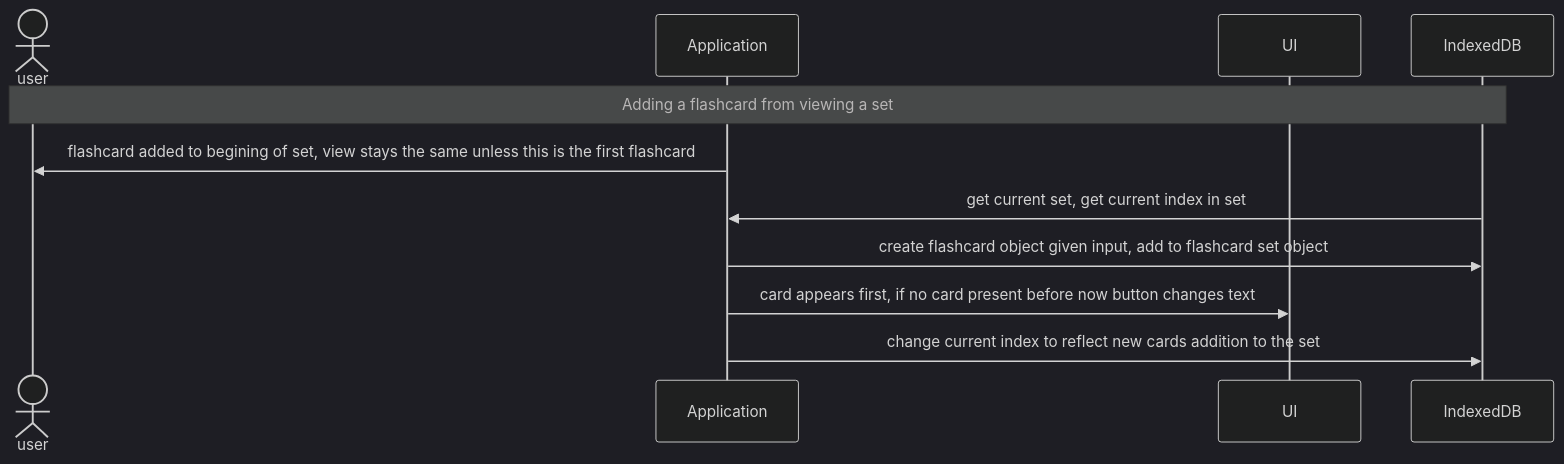
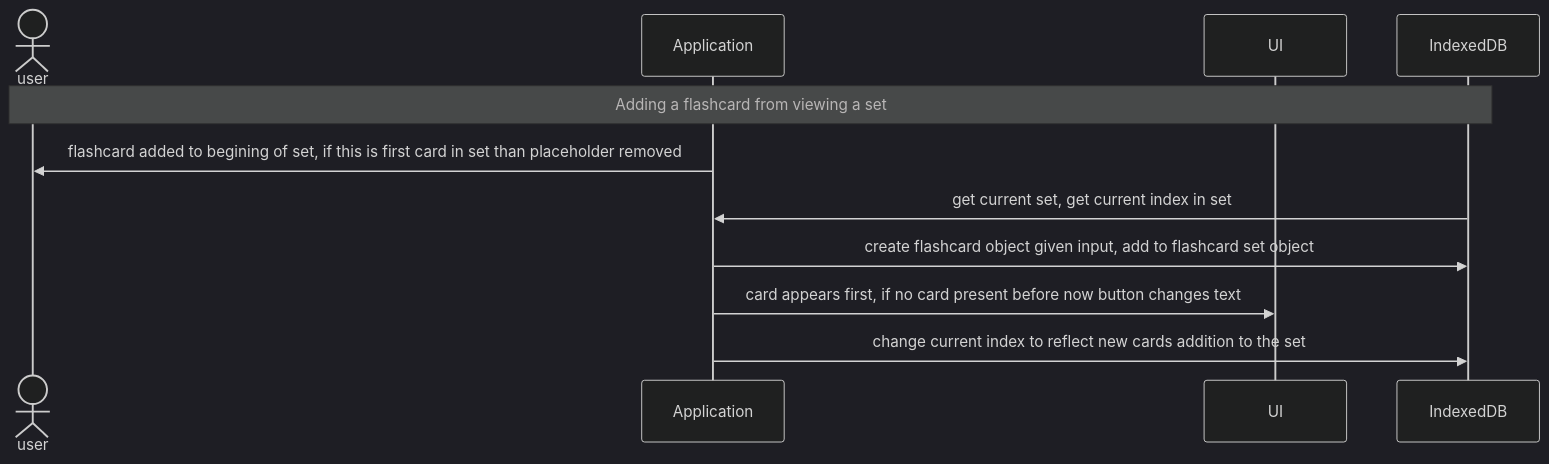
One commit to Henry-WK/henry-wk.github.io changed the diagram in mermaid.md. Above: the diagram before and after it, drawn with Mermaid (dark theme).

````diff
--- a/mermaid.md
+++ b/mermaid.md
@@ -1,14 +1,14 @@
 ```mermaid
   sequenceDiagram
   actor user
   participant app as Application
   participant ui as UI
   participant db as IndexedDB
 
   Note over user,db: Adding a flashcard from viewing a set
-  app->>user: flashcard added to begining of set, view stays the same unless this is the first flashcard
+  app->>user: flashcard added to begining of set, if this is first card in set than placeholder removed
   db->>app: get current set, get current index in set
   app->>db: create flashcard object given input, add to flashcard set object
   app->>ui: card appears first, if no card present before now button changes text
   app->>db: change current index to reflect new cards addition to the set
 ```
````
